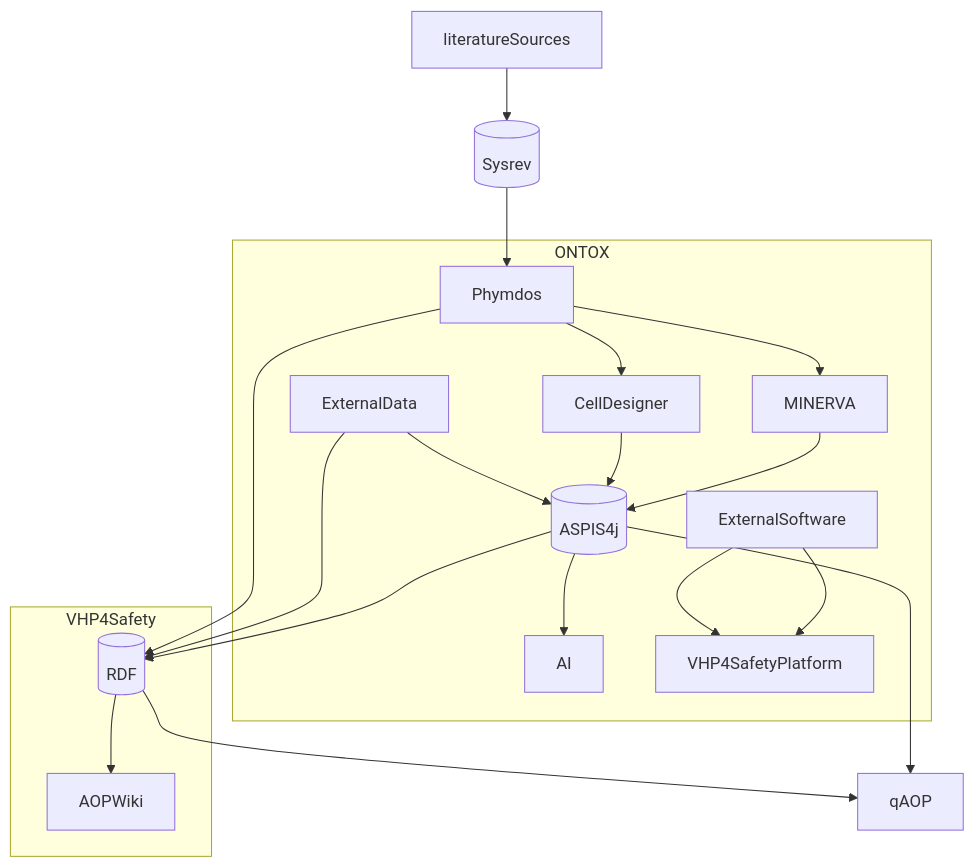
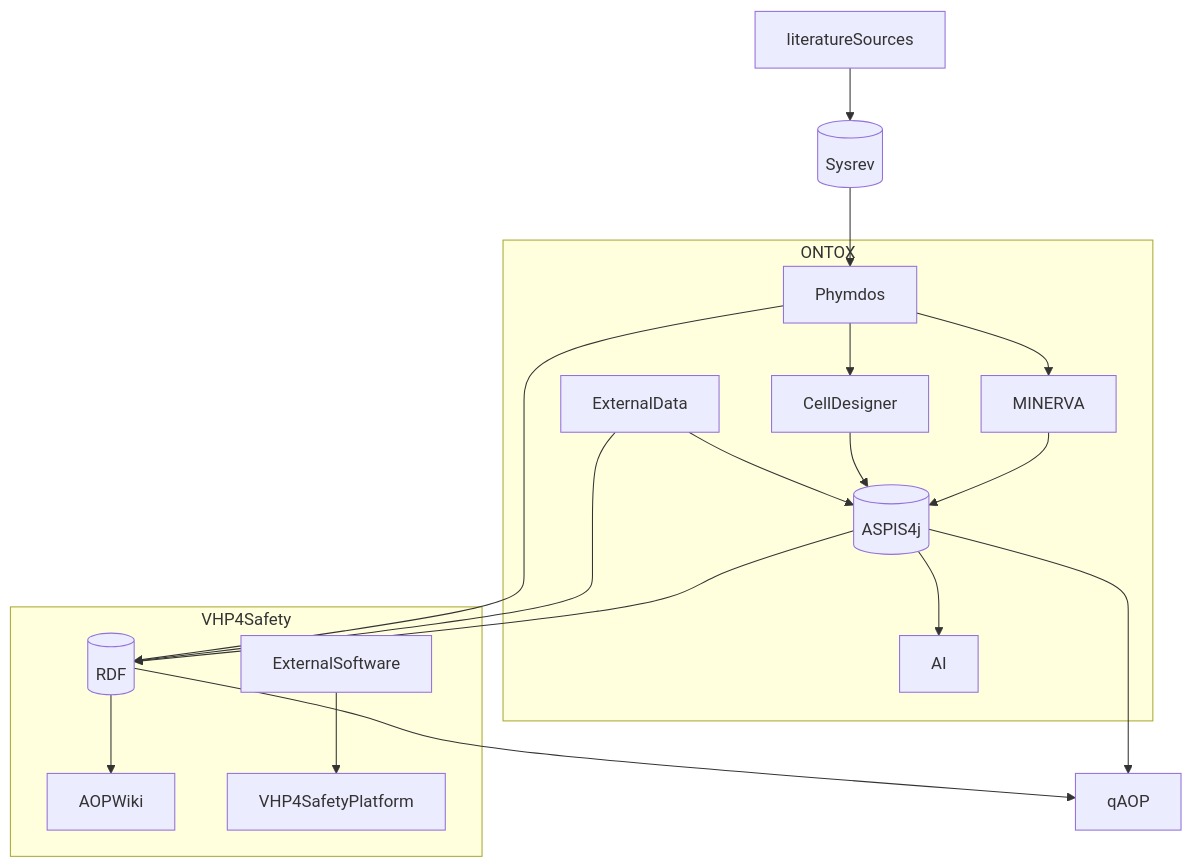
One commit to ontox-hu/workflows changed the diagram in ONTOX-vs-VHP4Safety.md. Above: the diagram before and after it, drawn with Mermaid.

````diff
--- a/ONTOX-vs-VHP4Safety.md
+++ b/ONTOX-vs-VHP4Safety.md
@@ -1,30 +1,28 @@
 ```mermaid
 flowchart TB
     literatureSources-->Sysrev[(Sysrev)]
     Sysrev[(Sysrev)]-->Phymdos
     
     subgraph ONTOX
     Phymdos-->MINERVA
     Phymdos-->CellDesigner
     ExternalData-->ASPIS4j[(ASPIS4j)]
     CellDesigner-->ASPIS4j[(ASPIS4j)]
     MINERVA-->ASPIS4j[(ASPIS4j)]
     ASPIS4j[(ASPIS4j)]-->AI
-    ExternalSoftware-->VHP4SafetyPlatform
     end
-    
     
     subgraph VHP4Safety
     Phymdos-->RDF[(RDF)]
     RDF[(RDF)]-->AOPWiki
     ExternalData-->RDF[(RDF)]
     ExternalSoftware-->VHP4SafetyPlatform
     end
     
     RDF[(RDF)]-->qAOP
     ASPIS4j[(ASPIS4j)]-->qAOP
     ASPIS4j[(ASPIS4j)]-->RDF[(RDF)]
     
     
     
 ```
````
